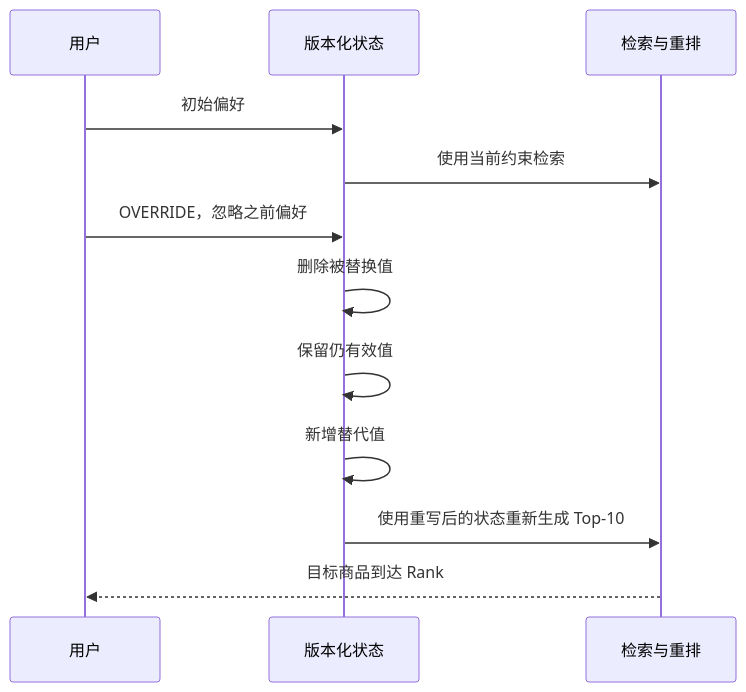
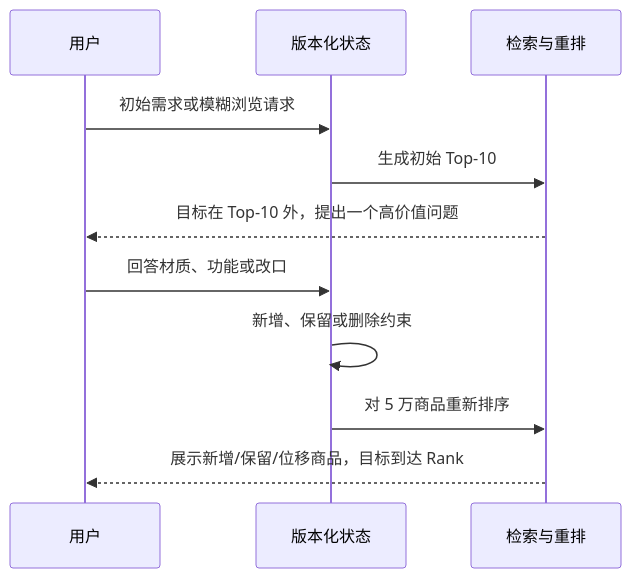
The first of 3 diagrams in README.zh-CN.md (Starryyu77/techjam-shopping-agent-v1), drawn with Mermaid before and after one commit. The commit also changed other lines of this file and 17 other files, not shown here.

````diff
--- a/README.zh-CN.md
+++ b/README.zh-CN.md
@@ -54,14 +75,13 @@
 ```mermaid
 sequenceDiagram
     participant U as 用户
     participant S as 版本化状态
     participant R as 检索与重排
-    U->>S: 初始偏好
-    S->>R: 使用当前约束检索
-    U->>S: OVERRIDE，忽略之前偏好
-    S->>S: 删除被替换值
-    S->>S: 保留仍有效值
-    S->>S: 新增替代值
-    S->>R: 使用重写后的状态重新生成 Top-10
-    R-->>U: 目标商品到达 Rank #1
+    U->>S: 初始需求或模糊浏览请求
+    S->>R: 生成初始 Top-10
+    R-->>U: 目标在 Top-10 外，提出一个高价值问题
+    U->>S: 回答材质、功能或改口
+    S->>S: 新增、保留或删除约束
+    S->>R: 对 5 万商品重新排序
+    R-->>U: 展示新增/保留/位移商品，目标到达 Rank #1
 ```
````
